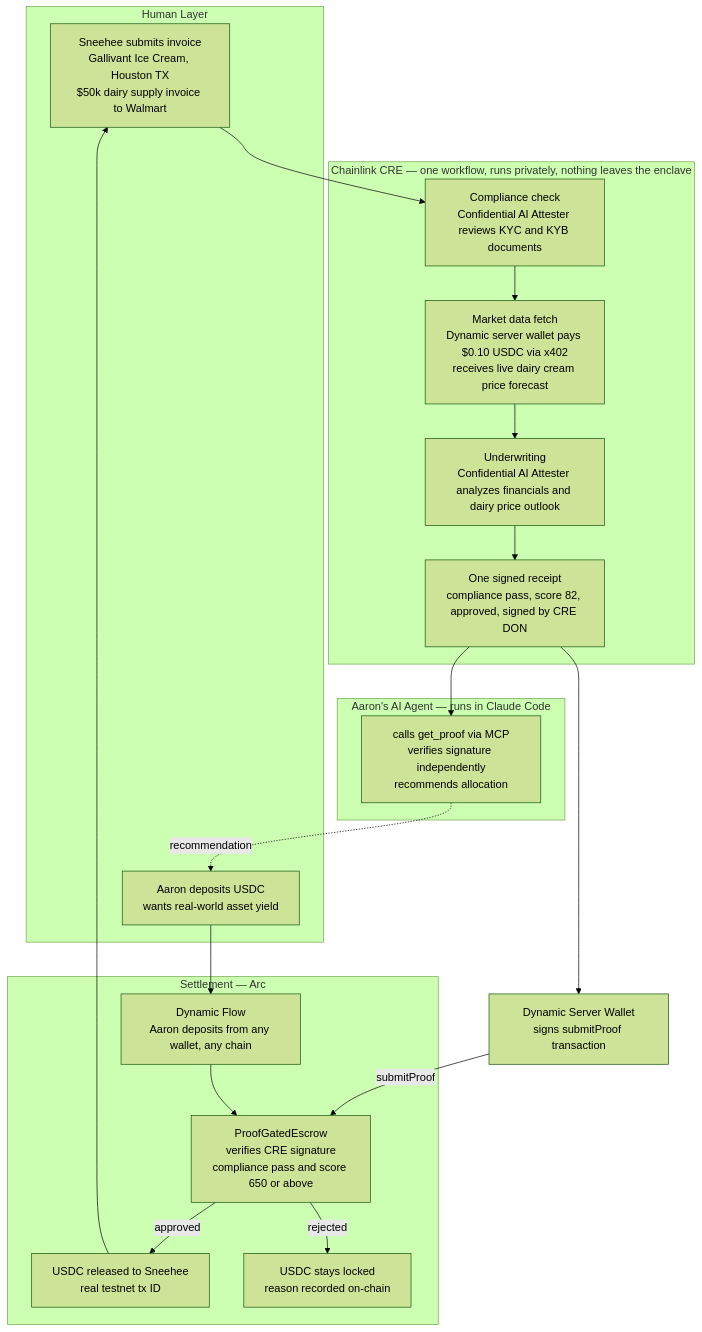
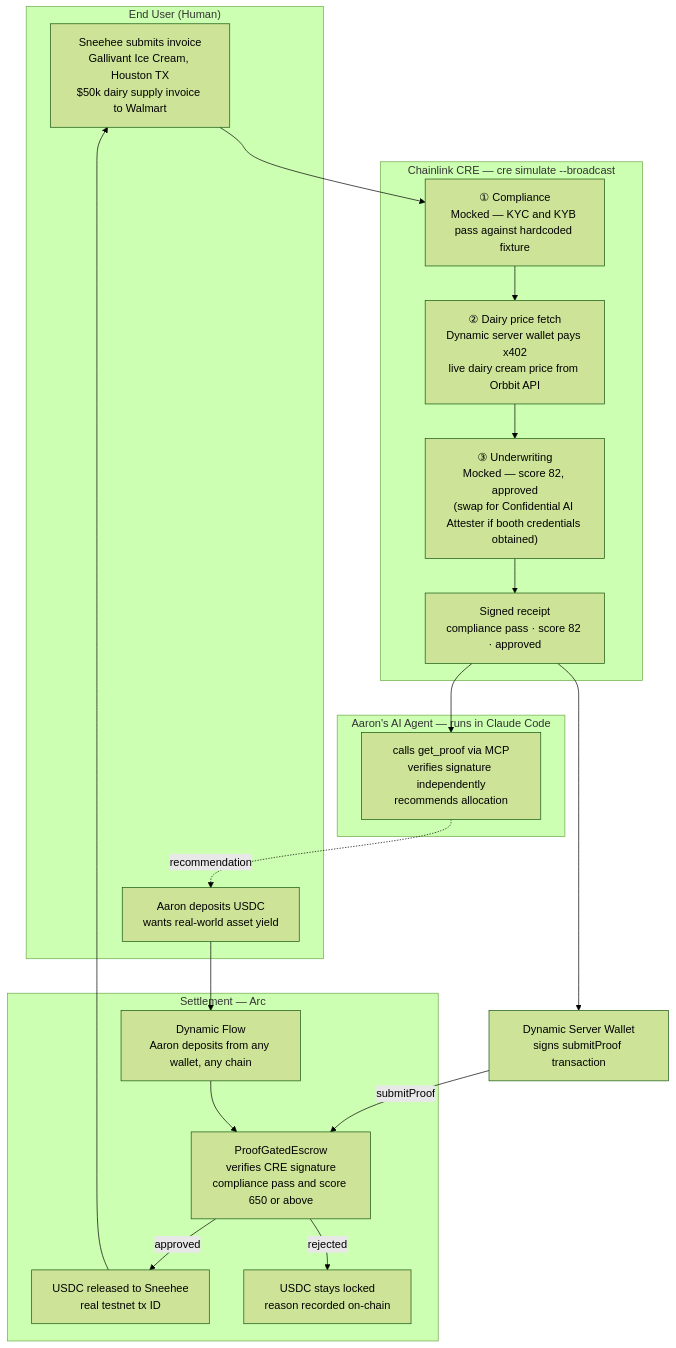
One commit to orbbit-tech/openpop changed the third of 3 diagrams in CLAUDE.md. Above: the diagram before and after it, drawn with Mermaid (forest theme). The commit also changed other lines of this file and 2 other files, not shown here.

````diff
--- a/CLAUDE.md
+++ b/CLAUDE.md
@@ -106,36 +109,36 @@
 ```mermaid
 flowchart TD
-    subgraph HUMANS["Human Layer"]
+    subgraph HUMANS["End User (Human)"]
         SNEEHEE["Sneehee submits invoice\nGallivant Ice Cream, Houston TX\n$50k dairy supply invoice to Walmart"]
         AARON["Aaron deposits USDC\nwants real-world asset yield"]
     end
 
-    subgraph CRE["Chainlink CRE — one workflow, runs privately, nothing leaves the enclave"]
-        S1["Compliance check\nConfidential AI Attester reviews KYC and KYB documents"]
-        S2["Market data fetch\nDynamic server wallet pays $0.10 USDC via x402\nreceives live dairy cream price forecast"]
-        S3["Underwriting\nConfidential AI Attester analyzes financials and dairy price outlook"]
-        RECEIPT["One signed receipt\ncompliance pass, score 82, approved, signed by CRE DON"]
+    subgraph CRE["Chainlink CRE — cre simulate --broadcast"]
+        S1["① Compliance\nMocked — KYC and KYB pass against hardcoded fixture"]
+        S2["② Dairy price fetch\nDynamic server wallet pays x402\nlive dairy cream price from Orbbit API"]
+        S3["③ Underwriting\nMocked — score 82, approved\n(swap for Confidential AI Attester if booth credentials obtained)"]
+        RECEIPT["Signed receipt\ncompliance pass · score 82 · approved"]
     end
 
     DW["Dynamic Server Wallet\nsigns submitProof transaction"]
 
     subgraph SETTLEMENT["Settlement — Arc"]
         DFLOW["Dynamic Flow\nAaron deposits from any wallet, any chain"]
         ESCROW["ProofGatedEscrow\nverifies CRE signature\ncompliance pass and score 650 or above"]
         RELEASE["USDC released to Sneehee\nreal testnet tx ID"]
         REJECT["USDC stays locked\nreason recorded on-chain"]
     end
 
     subgraph AGENT["Aaron's AI Agent — runs in Claude Code"]
         IA["calls get_proof via MCP\nverifies signature independently\nrecommends allocation"]
     end
 
     SNEEHEE --> S1 --> S2 --> S3 --> RECEIPT
     RECEIPT --> DW
     DW -->|"submitProof"| ESCROW
     AARON --> DFLOW --> ESCROW
     ESCROW -->|"approved"| RELEASE --> SNEEHEE
     ESCROW -->|"rejected"| REJECT
     RECEIPT --> IA
     IA -.->|"recommendation"| AARON
 ```
````
